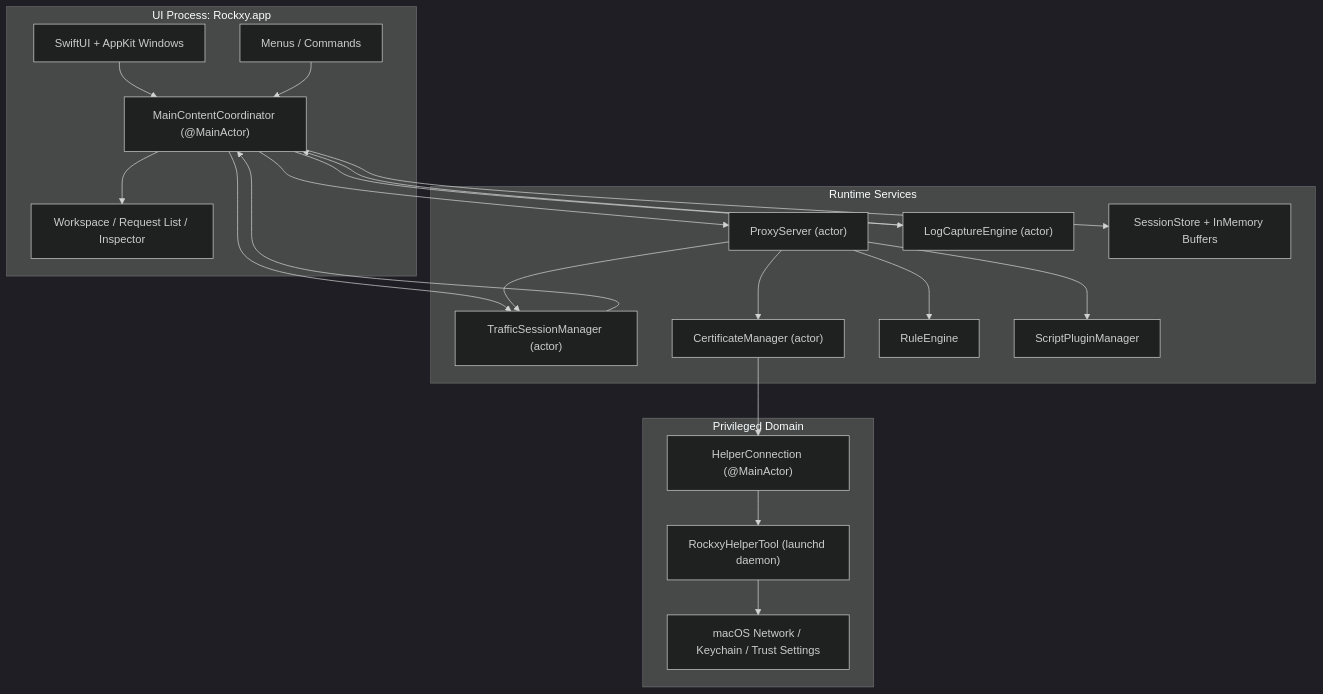
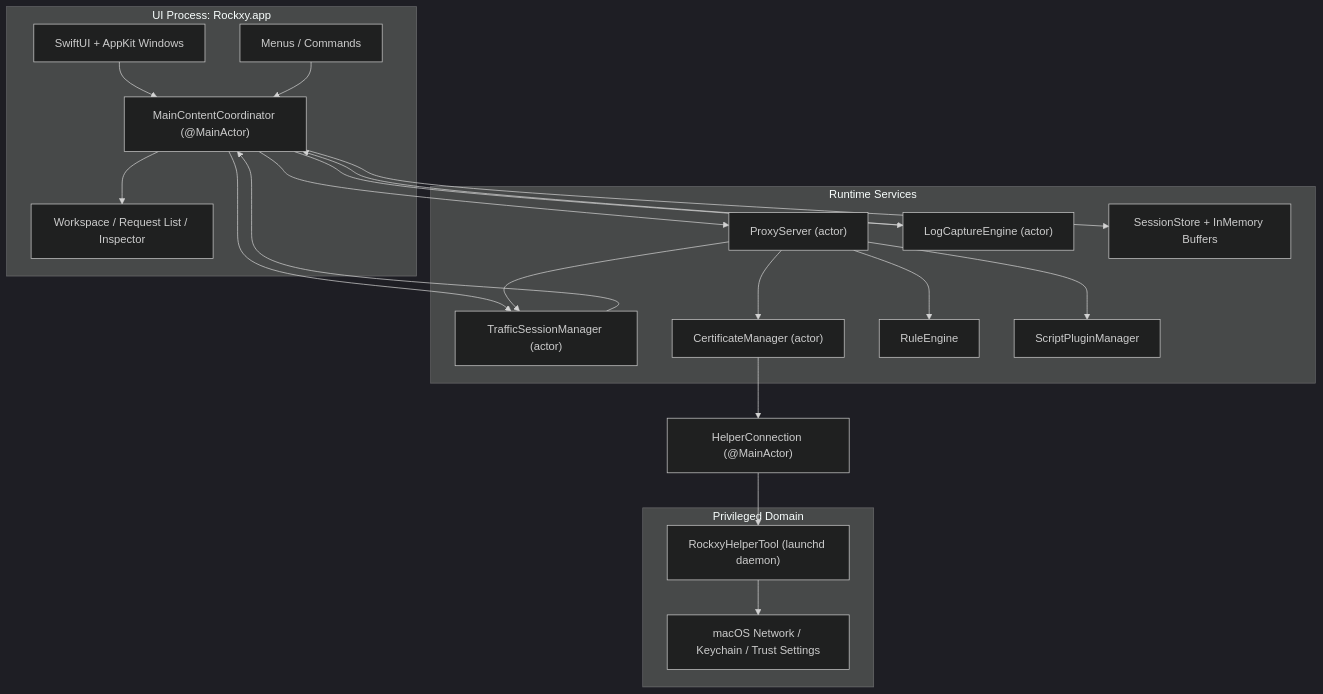
One commit to LocNguyenHuu/Rockxy changed the first of 6 diagrams in docs/development/architecture.mdx. Above: the diagram before and after it, drawn with Mermaid (dark theme). The commit also changed other lines of this file and 10 other files, not shown here.

Commit message:
docs: tighten .gitignore entries, fix README badges, correct architecture and security diagrams

````diff
--- a/docs/development/architecture.mdx
+++ b/docs/development/architecture.mdx
@@ -33,42 +33,43 @@
 ```mermaid
 flowchart TB
     subgraph UI["UI Process: Rockxy.app"]
         Menus["Menus / Commands"]
         Windows["SwiftUI + AppKit Windows"]
         Coordinator["MainContentCoordinator (@MainActor)"]
         Workspace["Workspace / Request List / Inspector"]
     end
 
     subgraph Runtime["Runtime Services"]
         Proxy["ProxyServer (actor)"]
         Traffic["TrafficSessionManager (actor)"]
         LogMgr["LogCaptureEngine (actor)"]
         Cert["CertificateManager (actor)"]
         Rules["RuleEngine"]
         Plugins["ScriptPluginManager"]
         Storage["SessionStore + InMemory Buffers"]
     end
 
+    HelperClient["HelperConnection (@MainActor)"]
+
     subgraph Privileged["Privileged Domain"]
-        HelperClient["HelperConnection (@MainActor)"]
         Helper["RockxyHelperTool (launchd daemon)"]
         System["macOS Network / Keychain / Trust Settings"]
     end
 
     Windows --> Coordinator
     Menus --> Coordinator
     Coordinator --> Workspace
     Coordinator --> Proxy
     Coordinator --> Traffic
     Coordinator --> LogMgr
     Coordinator --> Storage
     Proxy --> Rules
     Proxy --> Plugins
     Proxy --> Cert
     Proxy --> Traffic
     Traffic --> Coordinator
     LogMgr --> Coordinator
     Cert --> HelperClient
     HelperClient --> Helper
     Helper --> System
 ```
````
